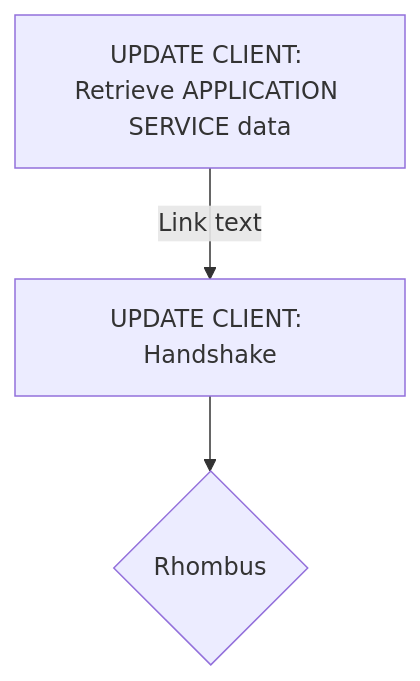
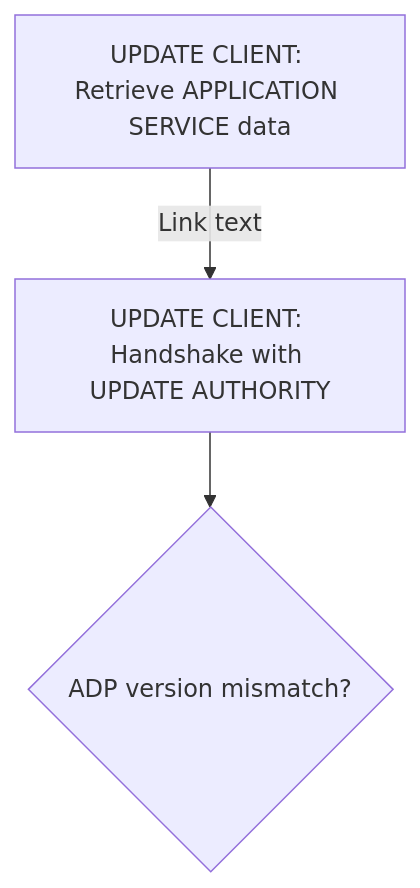
The first of 2 diagrams in README.md (oegea/adp), drawn with Mermaid before and after one commit. The commit also changed other lines of this file, not shown here.

Commit message:
README.md updated from https://stackedit.io/

````diff
--- a/README.md
+++ b/README.md
@@ -71,5 +71,5 @@
 ```mermaid
 graph TB
-A[UPDATE CLIENT: Retrieve APPLICATION SERVICE data] -- Link text --> B[UPDATE CLIENT: Handshake ]
-B --> D{Rhombus}
+A[UPDATE CLIENT: Retrieve APPLICATION SERVICE data] -- Link text --> B[UPDATE CLIENT: Handshake with UPDATE AUTHORITY]
+B --> D{ADP version mismatch?}
 ```
````
